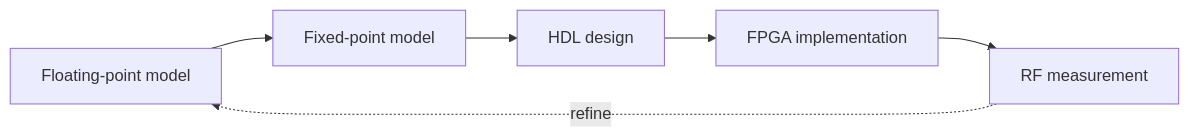
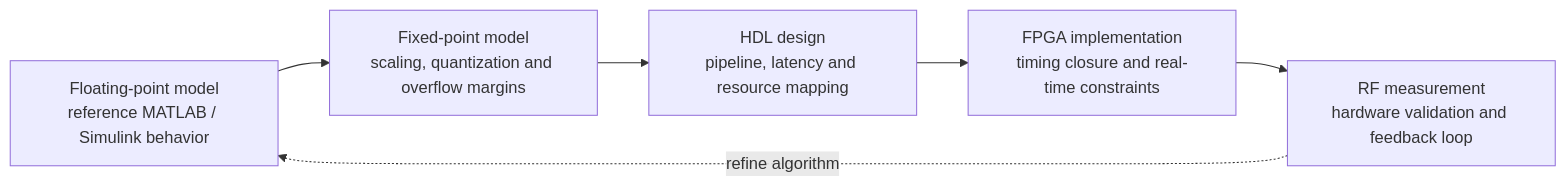
Before and after one commit to Lay007/zynq-sdr-course: the diagram in docs/dsp-to-fpga.md, drawn with Mermaid.

Commit message:
Audit diagrams and links for strict docs build

````diff
--- a/docs/dsp-to-fpga.md
+++ b/docs/dsp-to-fpga.md
@@ -9,11 +9,11 @@
 ```mermaid
 flowchart LR
-    MODEL["Floating-point model"]
-    FIXED["Fixed-point model"]
-    HDL["HDL design"]
-    FPGA["FPGA implementation"]
-    MEASURE["RF measurement"]
+    MODEL["Floating-point model<br/>reference MATLAB / Simulink behavior"]
+    FIXED["Fixed-point model<br/>scaling, quantization and overflow margins"]
+    HDL["HDL design<br/>pipeline, latency and resource mapping"]
+    FPGA["FPGA implementation<br/>timing closure and real-time constraints"]
+    MEASURE["RF measurement<br/>hardware validation and feedback loop"]
 
     MODEL --> FIXED --> HDL --> FPGA --> MEASURE
-    MEASURE -. refine .-> MODEL
+    MEASURE -. refine algorithm .-> MODEL
 ```
````
